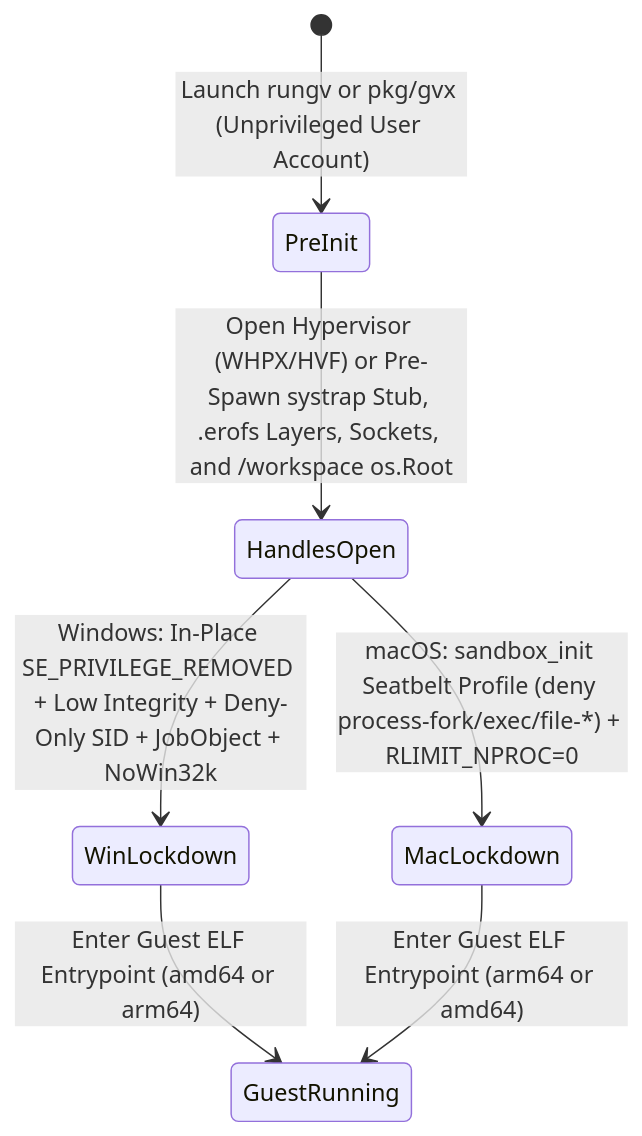
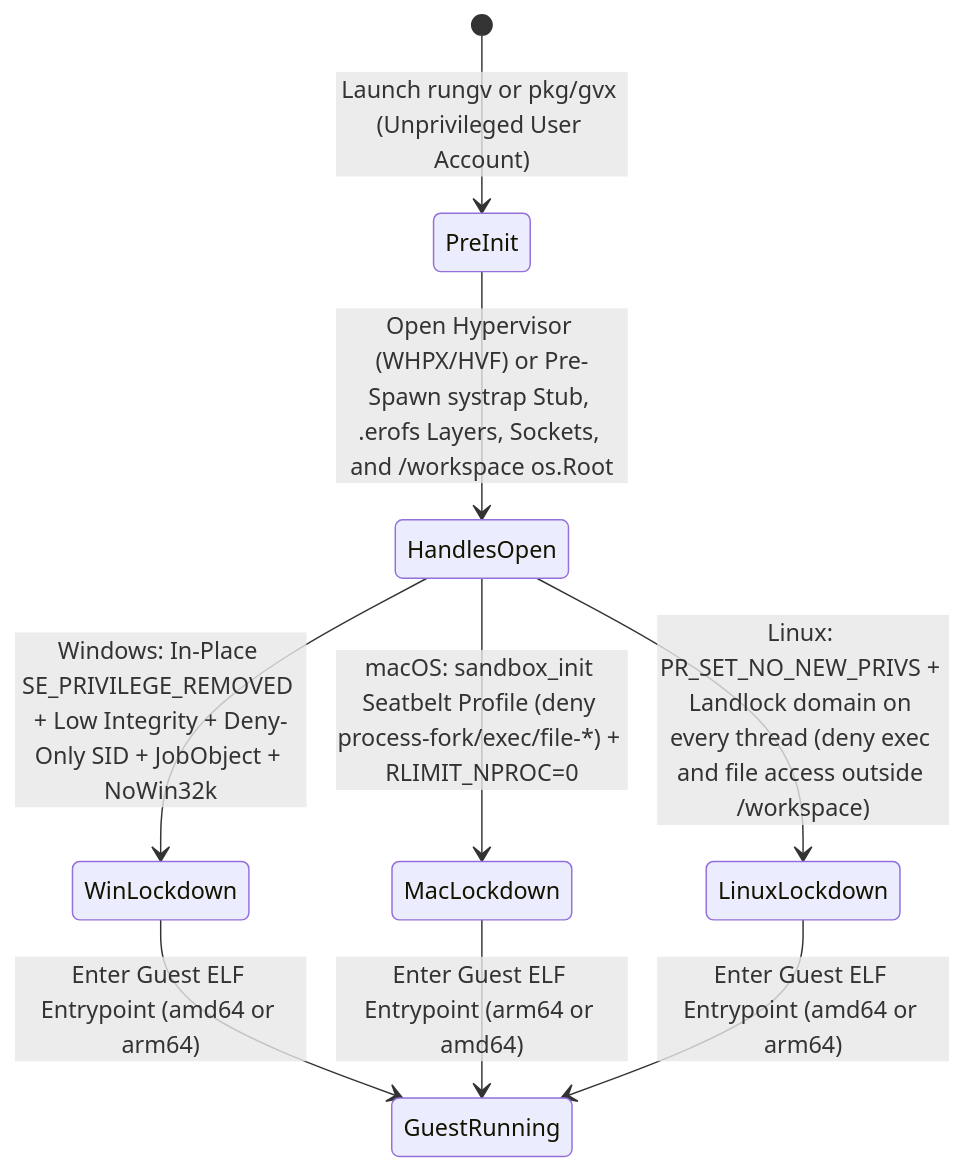
One commit to antegral/containerd-shim-gvx changed the seventh of 7 diagrams in docs/architecture.md. Above: the diagram before and after it, drawn with Mermaid. The commit also changed other lines of this file and 3 other files, not shown here.

````diff
--- a/docs/architecture.md
+++ b/docs/architecture.md
@@ -456,9 +456,11 @@
 ```mermaid
 stateDiagram-v2
     [*] --> PreInit: Launch rungv or pkg/gvx (Unprivileged User Account)
     PreInit --> HandlesOpen: Open Hypervisor (WHPX/HVF) or Pre-Spawn systrap Stub, .erofs Layers, Sockets, and /workspace os.Root
     HandlesOpen --> WinLockdown: Windows: In-Place SE_PRIVILEGE_REMOVED + Low Integrity + Deny-Only SID + JobObject + NoWin32k
     HandlesOpen --> MacLockdown: macOS: sandbox_init Seatbelt Profile (deny process-fork/exec/file-*) + RLIMIT_NPROC=0
+    HandlesOpen --> LinuxLockdown: Linux: PR_SET_NO_NEW_PRIVS + Landlock domain on every thread (deny exec and file access outside /workspace)
     WinLockdown --> GuestRunning: Enter Guest ELF Entrypoint (amd64 or arm64)
     MacLockdown --> GuestRunning: Enter Guest ELF Entrypoint (arm64 or amd64)
+    LinuxLockdown --> GuestRunning: Enter Guest ELF Entrypoint (amd64 or arm64)
 ```
````
